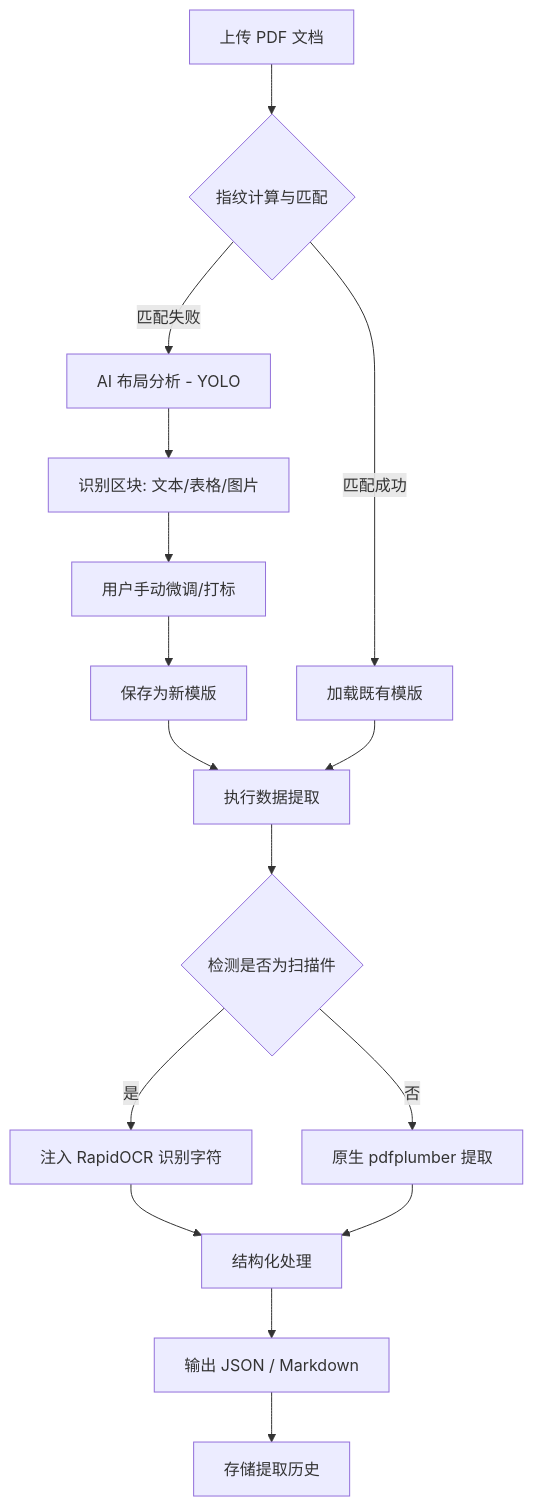
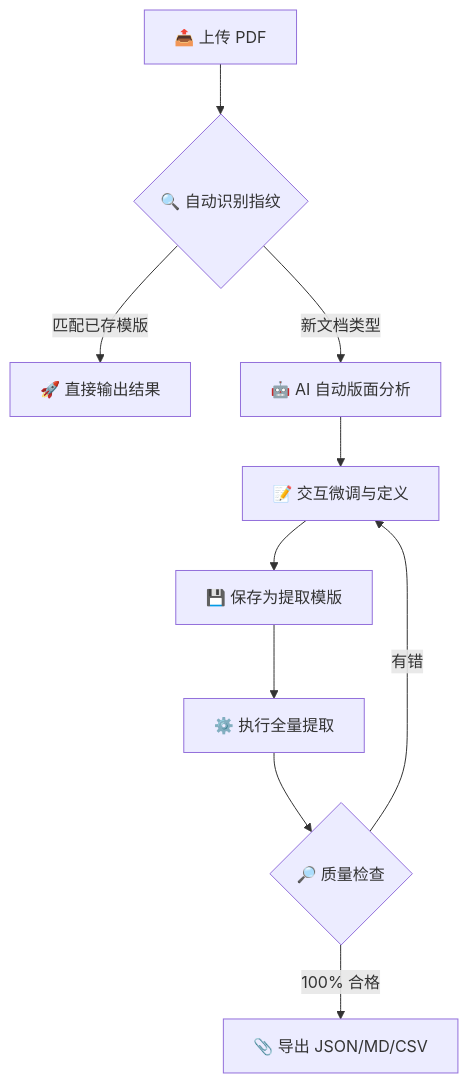
The diagram in README.md (meteor-ioi/InvoMaster), drawn with Mermaid before and after one commit. The commit also changed other lines of this file and 9 other files, not shown here.

````diff
--- a/README.md
+++ b/README.md
@@ -50,18 +57,12 @@
 ```mermaid
 graph TD
-    A[上传 PDF 文档] --> B{指纹计算与匹配}
-    B -- 匹配成功 --> C[加载既有模版]
-    B -- 匹配失败 --> D[AI 布局分析 - YOLO]
-    D --> E[识别区块: 文本/表格/图片]
-    E --> F[用户手动微调/打标]
-    F --> G[保存为新模版]
-    G --> H[执行数据提取]
-    C --> H
-    H --> I{检测是否为扫描件}
-    I -- 是 --> J[注入 RapidOCR 识别字符]
-    I -- 否 --> K[原生 pdfplumber 提取]
-    J --> L[结构化处理]
-    K --> L
-    L --> M[输出 JSON / Markdown]
-    M --> N[存储提取历史]
+    A[📤 上传 PDF] --> B{🔍 自动识别指纹}
+    B -- 匹配已存模版 --> C[🚀 直接输出结果]
+    B -- 新文档类型 --> D[🤖 AI 自动版面分析]
+    D --> E[📝 交互微调与定义]
+    E --> F[💾 保存为提取模版]
+    F --> G[⚙️ 执行全量提取]
+    G --> H{🔎 质量检查}
+    H -- 有错 --> E
+    H -- 100% 合格 --> I[📎 导出 JSON/MD/CSV]
 ```
````
